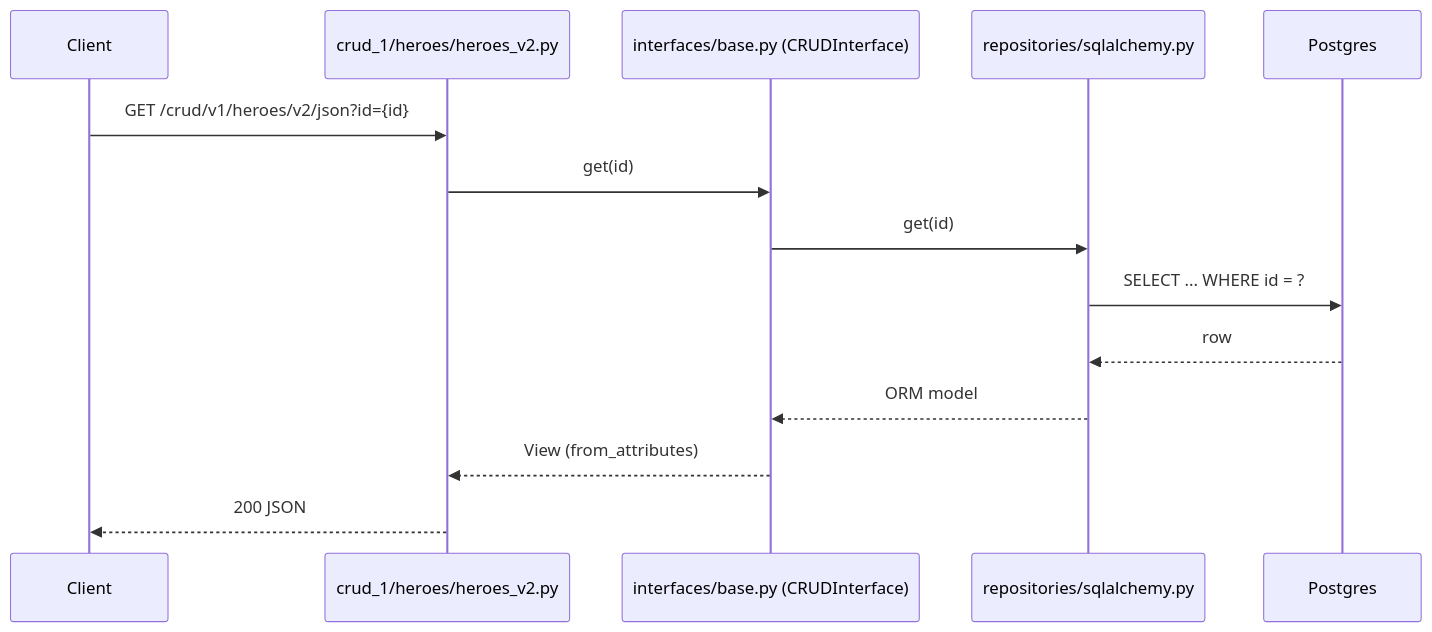
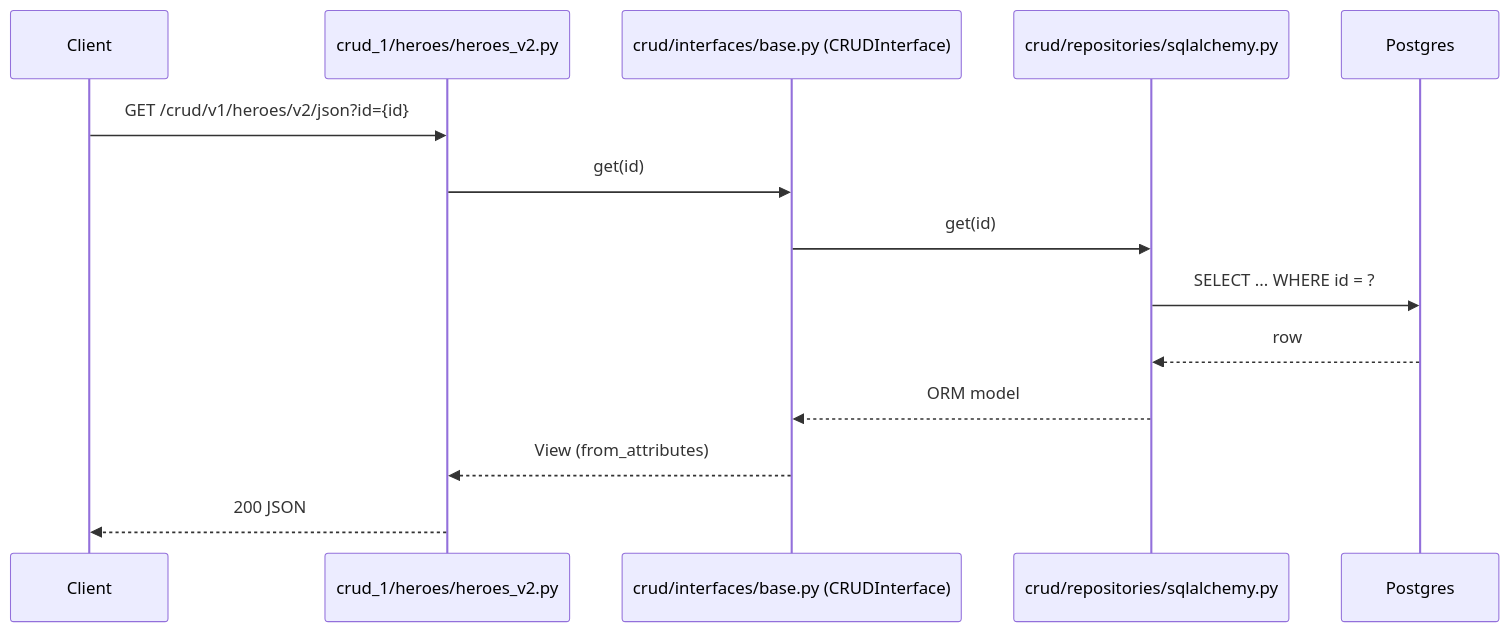
Before and after one commit to craftainer/template-fastapi: the second of 2 diagrams in src/app/README.md, drawn with Mermaid. The commit also changed other lines of this file and 124 other files, not shown here.

````diff
--- a/src/app/README.md
+++ b/src/app/README.md
@@ -304,17 +319,17 @@
 ```mermaid
 sequenceDiagram
     participant Client
     participant Controller as crud_1/heroes/heroes_v2.py
-    participant CRUD as interfaces/base.py (CRUDInterface)
-    participant Repo as repositories/sqlalchemy.py
+    participant CRUD as crud/interfaces/base.py (CRUDInterface)
+    participant Repo as crud/repositories/sqlalchemy.py
     participant DB as Postgres
 
     Client->>Controller: GET /crud/v1/heroes/v2/json?id={id}
     Controller->>CRUD: get(id)
     CRUD->>Repo: get(id)
     Repo->>DB: SELECT ... WHERE id = ?
     DB-->>Repo: row
     Repo-->>CRUD: ORM model
     CRUD-->>Controller: View (from_attributes)
     Controller-->>Client: 200 JSON
 ```
````
